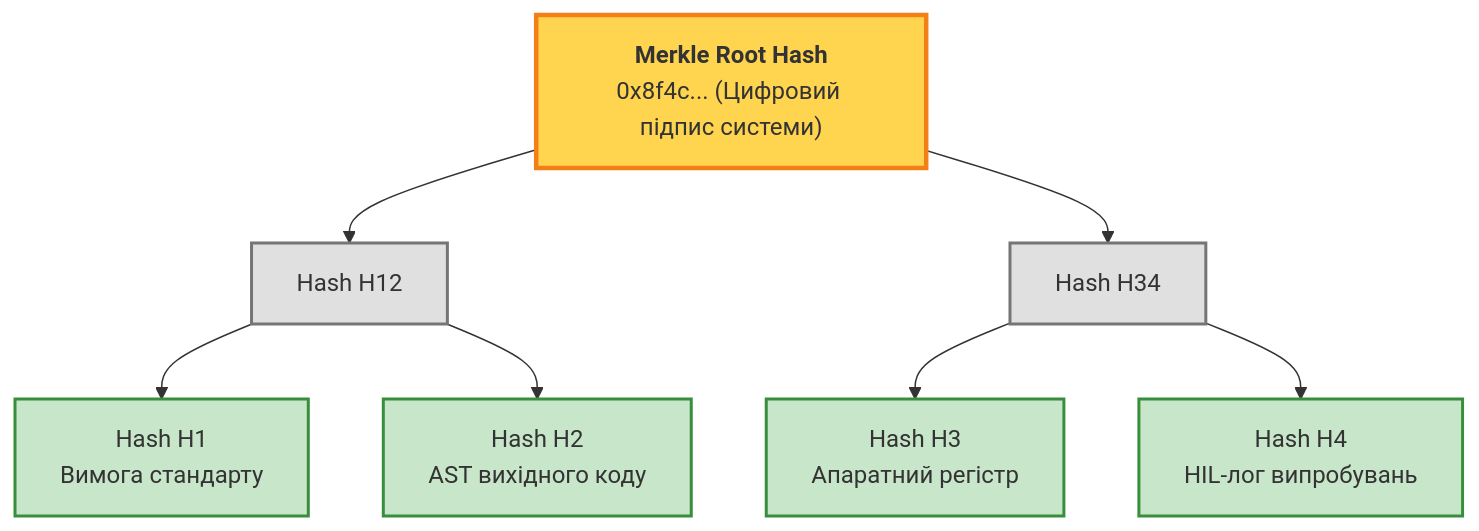
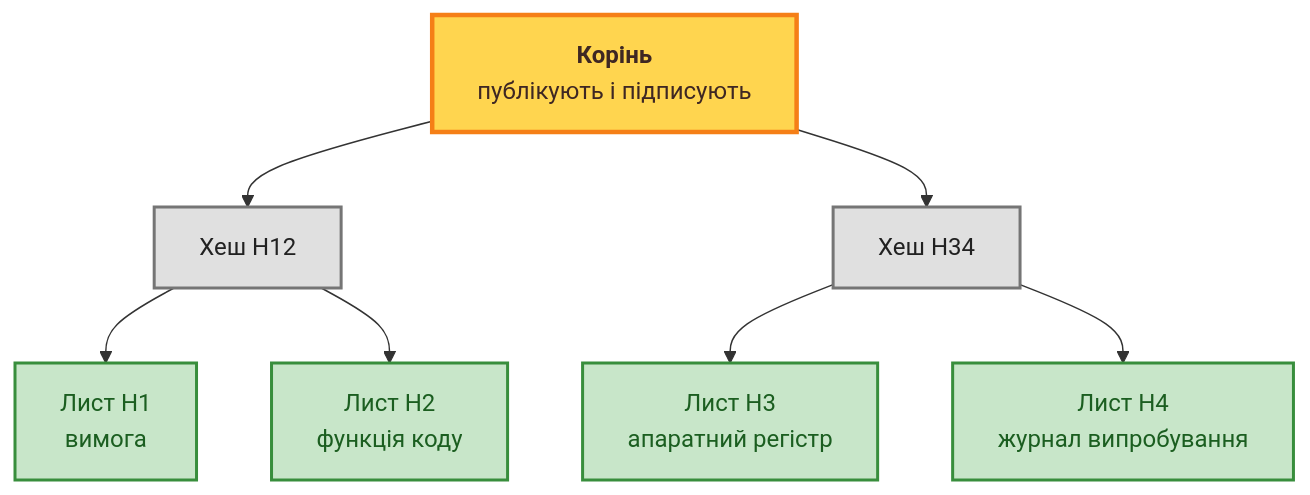
The third of 4 diagrams in ExpertSystem/ch27-safety-case-gsn-synthesis.md (nick-fedchik/articles), drawn with Mermaid before and after one commit. The commit also changed other lines of this file, not shown here.

````diff
--- a/ExpertSystem/ch27-safety-case-gsn-synthesis.md
+++ b/ExpertSystem/ch27-safety-case-gsn-synthesis.md
@@ -145,26 +162,24 @@
 ```mermaid
 flowchart TD
-    accTitle: Структура дерева Меркла сертифіката безпеки
-    accDescr: Схема побудови Merkle Root із хешів цитат стандартів, вихідного коду, регістрів та тестових результатів.
+    accTitle: Дерево Меркла над записами аргументу
+    accDescr: Чотири листи з хешами вимоги, коду, апаратного регістра й журналу випробування попарно хешуються у два внутрішні вузли, а ті хешуються в корінь.
 
-    Root["<b>Merkle Root Hash</b><br/>0x8f4c... (Цифровий підпис системи)"]:::root
-
-    H12["Hash H12"]:::branch
-    H34["Hash H34"]:::branch
-
-    H1["Hash H1<br/>Вимога стандарту"]:::leaf
-    H2["Hash H2<br/>AST вихідного коду"]:::leaf
-    H3["Hash H3<br/>Апаратний регістр"]:::leaf
-    H4["Hash H4<br/>HIL-лог випробувань"]:::leaf
+    Root["<b>Корінь</b><br/>публікують і підписують"]:::root
+    H12["Хеш H12"]:::branch
+    H34["Хеш H34"]:::branch
+    H1["Лист H1<br/>вимога"]:::leaf
+    H2["Лист H2<br/>функція коду"]:::leaf
+    H3["Лист H3<br/>апаратний регістр"]:::leaf
+    H4["Лист H4<br/>журнал випробування"]:::leaf
 
     Root --> H12
     Root --> H34
     H12 --> H1
     H12 --> H2
     H34 --> H3
     H34 --> H4
 
-    classDef root fill:#ffd54f,stroke:#f57f17,stroke-width:3px;
-    classDef branch fill:#e0e0e0,stroke:#757575,stroke-width:2px;
-    classDef leaf fill:#c8e6c9,stroke:#388e3c,stroke-width:2px;
+    classDef root fill:#ffd54f,stroke:#f57f17,stroke-width:3px,color:#3e2723;
+    classDef branch fill:#e0e0e0,stroke:#757575,stroke-width:2px,color:#212121;
+    classDef leaf fill:#c8e6c9,stroke:#388e3c,stroke-width:2px,color:#1b5e20;
 ```
````
